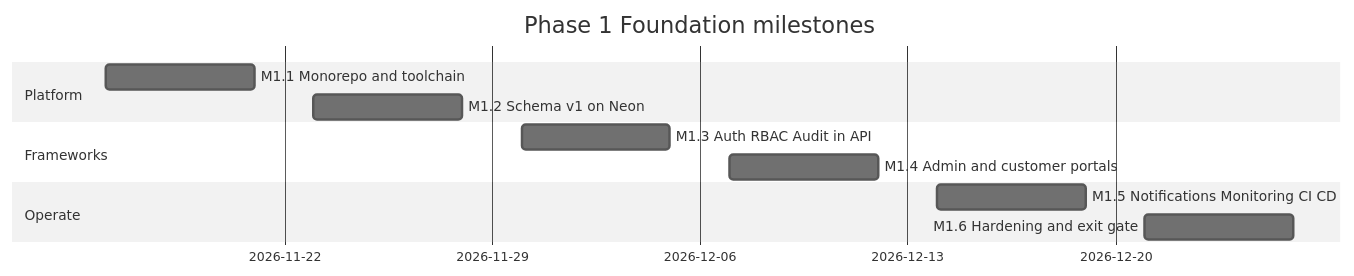
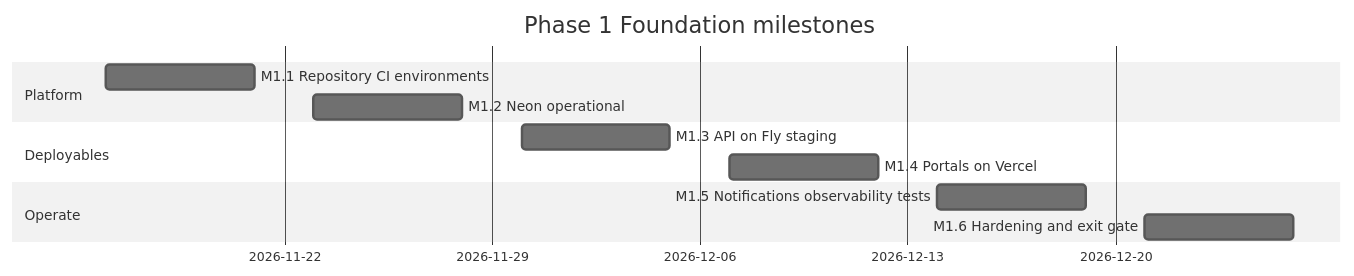
Before and after one commit to wouapit999/wouapit999: the first of 6 diagrams in docs/phases/phase-01-foundation.md, drawn with Mermaid (neutral theme). The commit also changed other lines of this file and 5 other files, not shown here.

````diff
--- a/docs/phases/phase-01-foundation.md
+++ b/docs/phases/phase-01-foundation.md
@@ -95,14 +90,14 @@
 ```mermaid
 gantt
   title Phase 1 Foundation milestones
   dateFormat YYYY-MM-DD
   section Platform
-  M1.1 Monorepo and toolchain          :m1, 2026-11-16, 2026-11-21
-  M1.2 Schema v1 on Neon               :m2, 2026-11-23, 2026-11-28
-  section Frameworks
-  M1.3 Auth RBAC Audit in API          :m3, 2026-11-30, 2026-12-05
-  M1.4 Admin and customer portals      :m4, 2026-12-07, 2026-12-12
+  M1.1 Repository CI environments       :m1, 2026-11-16, 2026-11-21
+  M1.2 Neon operational                 :m2, 2026-11-23, 2026-11-28
+  section Deployables
+  M1.3 API on Fly staging               :m3, 2026-11-30, 2026-12-05
+  M1.4 Portals on Vercel                :m4, 2026-12-07, 2026-12-12
   section Operate
-  M1.5 Notifications Monitoring CI CD  :m5, 2026-12-14, 2026-12-19
-  M1.6 Hardening and exit gate         :m6, 2026-12-21, 2026-12-26
+  M1.5 Notifications observability tests :m5, 2026-12-14, 2026-12-19
+  M1.6 Hardening and exit gate          :m6, 2026-12-21, 2026-12-26
 ```
````
